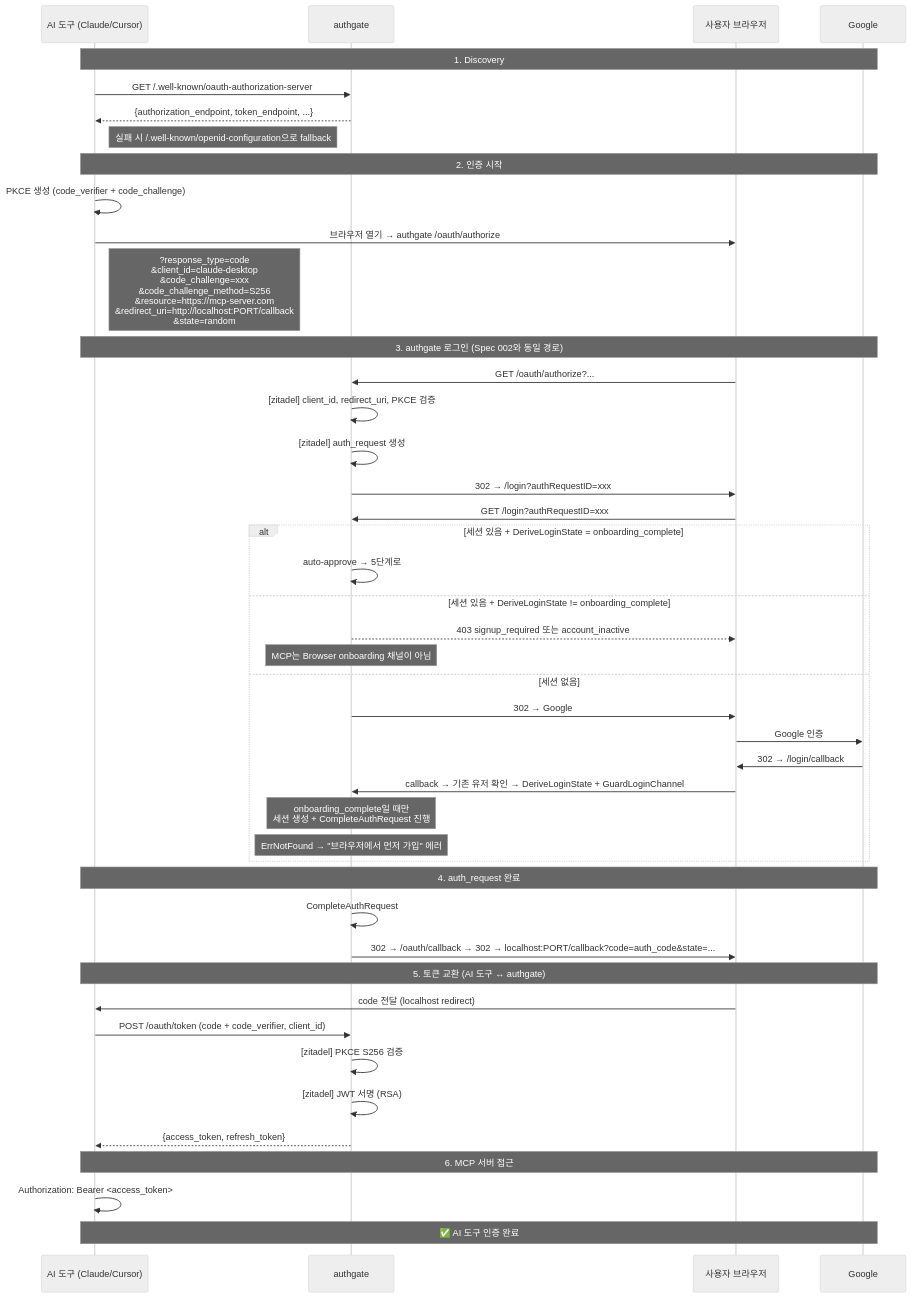
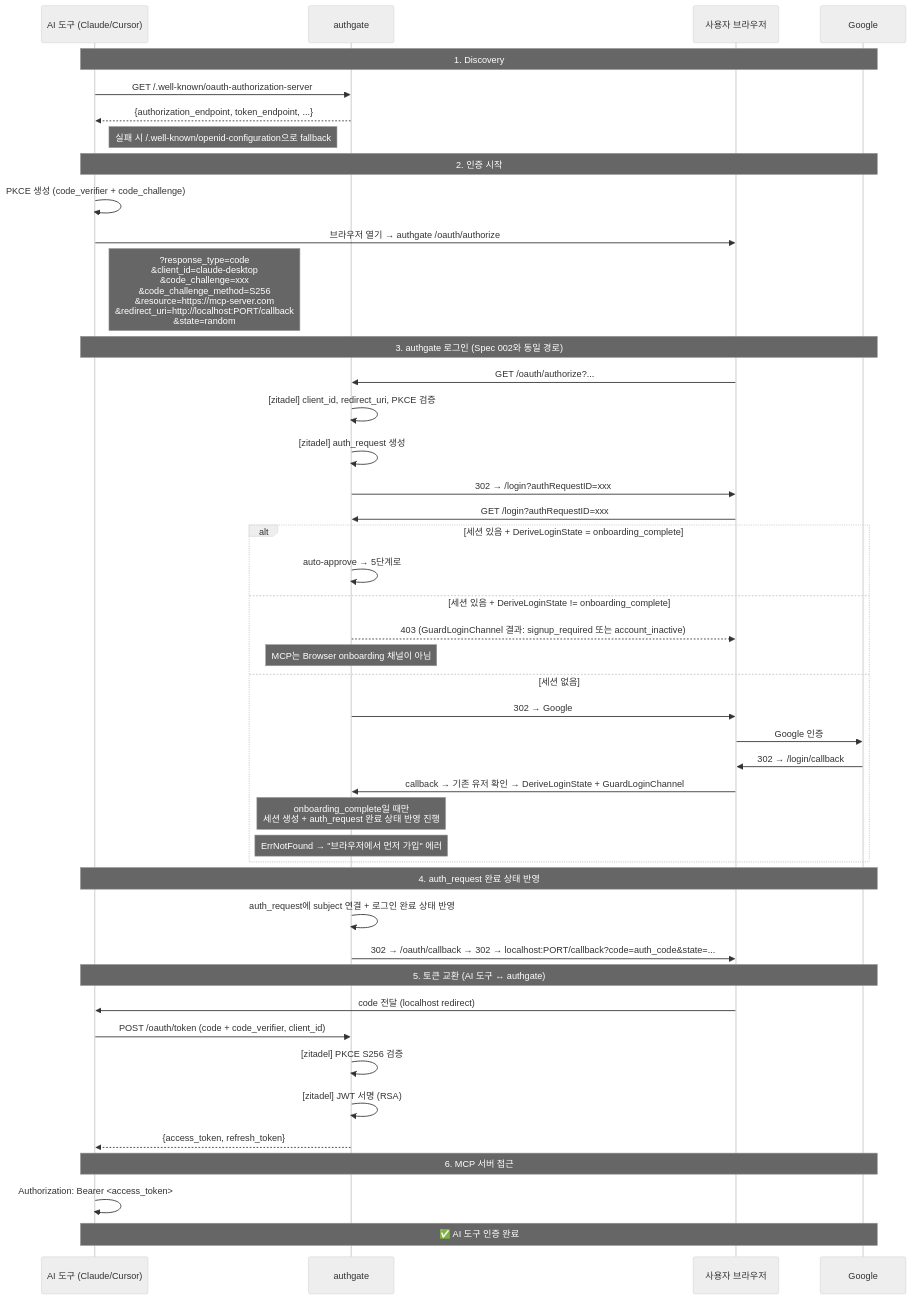
One commit to cagojeiger/authgate changed the diagram in docs/spec/004-mcp-login.md. Above: the diagram before and after it, drawn with Mermaid (neutral theme). The commit also changed other lines of this file and 7 other files, not shown here.

````diff
--- a/docs/spec/004-mcp-login.md
+++ b/docs/spec/004-mcp-login.md
@@ -69,53 +69,53 @@
 ```mermaid
 sequenceDiagram
     participant AI as AI 도구 (Claude/Cursor)
     participant AG as authgate
     participant U as 사용자 브라우저
     participant G as Google
 
     Note over AI,G: 1. Discovery
     AI->>AG: GET /.well-known/oauth-authorization-server
     AG-->>AI: {authorization_endpoint, token_endpoint, ...}
     Note right of AI: 실패 시 /.well-known/openid-configuration으로 fallback
 
     Note over AI,G: 2. 인증 시작
     AI->>AI: PKCE 생성 (code_verifier + code_challenge)
     AI->>U: 브라우저 열기 → authgate /oauth/authorize
     Note right of AI: ?response_type=code<br/>&client_id=claude-desktop<br/>&code_challenge=xxx<br/>&code_challenge_method=S256<br/>&resource=https://mcp-server.com<br/>&redirect_uri=http://localhost:PORT/callback<br/>&state=random
 
     Note over AI,G: 3. authgate 로그인 (Spec 002와 동일 경로)
     U->>AG: GET /oauth/authorize?...
     AG->>AG: [zitadel] client_id, redirect_uri, PKCE 검증
     AG->>AG: [zitadel] auth_request 생성
     AG->>U: 302 → /login?authRequestID=xxx
 
     U->>AG: GET /login?authRequestID=xxx
     alt 세션 있음 + DeriveLoginState = onboarding_complete
         AG->>AG: auto-approve → 5단계로
     else 세션 있음 + DeriveLoginState != onboarding_complete
-        AG-->>U: 403 signup_required 또는 account_inactive
+        AG-->>U: 403 (GuardLoginChannel 결과: signup_required 또는 account_inactive)
         Note over AG: MCP는 Browser onboarding 채널이 아님
     else 세션 없음
         AG->>U: 302 → Google
         U->>G: Google 인증
         G->>U: 302 → /login/callback
         U->>AG: callback → 기존 유저 확인 → DeriveLoginState + GuardLoginChannel
-        Note over AG: onboarding_complete일 때만<br/>세션 생성 + CompleteAuthRequest 진행
+        Note over AG: onboarding_complete일 때만<br/>세션 생성 + auth_request 완료 상태 반영 진행
         Note over AG: ErrNotFound → "브라우저에서 먼저 가입" 에러
     end
 
-    Note over AI,G: 4. auth_request 완료
-    AG->>AG: CompleteAuthRequest
+    Note over AI,G: 4. auth_request 완료 상태 반영
+    AG->>AG: auth_request에 subject 연결 + 로그인 완료 상태 반영
     AG->>U: 302 → /oauth/callback → 302 → localhost:PORT/callback?code=auth_code&state=...
 
     Note over AI,G: 5. 토큰 교환 (AI 도구 ↔ authgate)
     U->>AI: code 전달 (localhost redirect)
     AI->>AG: POST /oauth/token (code + code_verifier, client_id)
     AG->>AG: [zitadel] PKCE S256 검증
     AG->>AG: [zitadel] JWT 서명 (RSA)
     AG-->>AI: {access_token, refresh_token}
 
     Note over AI,G: 6. MCP 서버 접근
     AI->>AI: Authorization: Bearer <access_token>
     Note over AI,G: ✅ AI 도구 인증 완료
 ```
````
